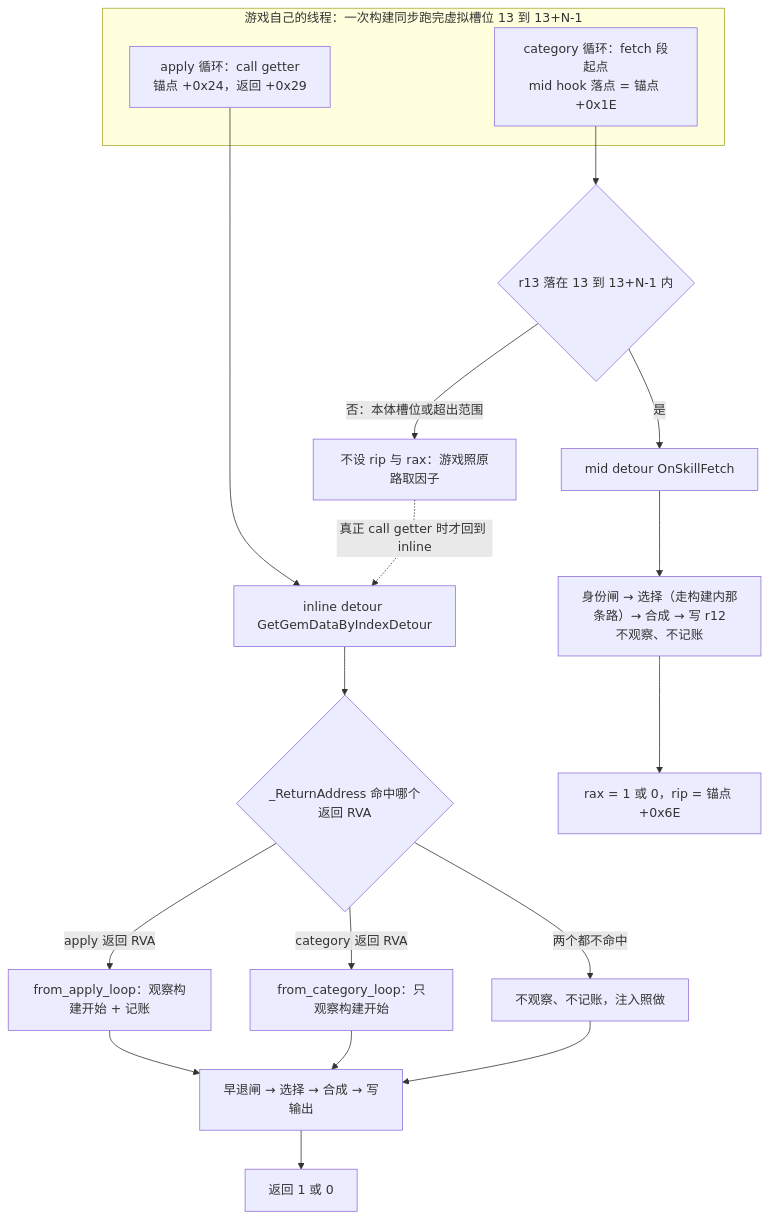
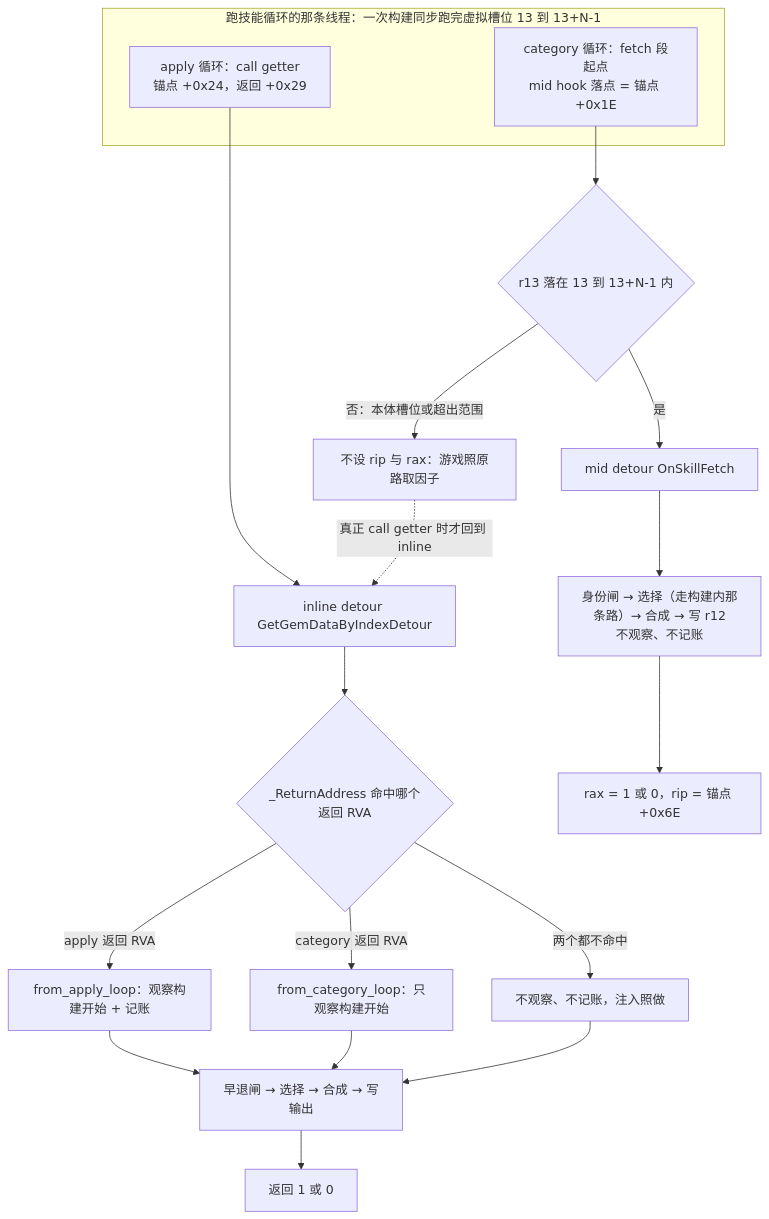
The first of 5 diagrams in openwiki/workflows/skill-injection-runtime.md (baagod/GBFR-Sigil-Loadout), drawn with Mermaid before and after one commit. The commit also changed other lines of this file and 52 other files, not shown here.

````diff
--- a/openwiki/workflows/skill-injection-runtime.md
+++ b/openwiki/workflows/skill-injection-runtime.md
@@ -91,22 +93,22 @@
 ```mermaid
 flowchart TD
-    subgraph GAME["游戏自己的线程：一次构建同步跑完虚拟槽位 13 到 13+N-1"]
+    subgraph GAME["跑技能循环的那条线程：一次构建同步跑完虚拟槽位 13 到 13+N-1"]
         APPLY["apply 循环：call getter<br/>锚点 +0x24，返回 +0x29"]
         FETCH["category 循环：fetch 段起点<br/>mid hook 落点 = 锚点 +0x1E"]
     end
     APPLY --> INLINE["inline detour GetGemDataByIndexDetour"]
     FETCH --> RANGE{"r13 落在 13 到 13+N-1 内"}
     RANGE -- "否：本体槽位或超出范围" --> NATIVE["不设 rip 与 rax：游戏照原路取因子"]
     RANGE -- "是" --> MID["mid detour OnSkillFetch"]
     NATIVE -. 真正 call getter 时才回到 inline .-> INLINE
     INLINE --> CLS{"_ReturnAddress 命中哪个返回 RVA"}
     CLS -- "apply 返回 RVA" --> BOTH["from_apply_loop：观察构建开始 + 记账"]
     CLS -- "category 返回 RVA" --> ONLYCAT["from_category_loop：只观察构建开始"]
     CLS -- "两个都不命中" --> NONE["不观察、不记账，注入照做"]
     BOTH --> COPY["早退闸 → 选择 → 合成 → 写输出"]
     ONLYCAT --> COPY
     NONE --> COPY
     MID --> MIDCOPY["身份闸 → 选择（走构建内那条路）→ 合成 → 写 r12<br/>不观察、不记账"]
     COPY --> RET["返回 1 或 0"]
     MIDCOPY --> MIDRET["rax = 1 或 0，rip = 锚点 +0x6E"]
 ```
````
